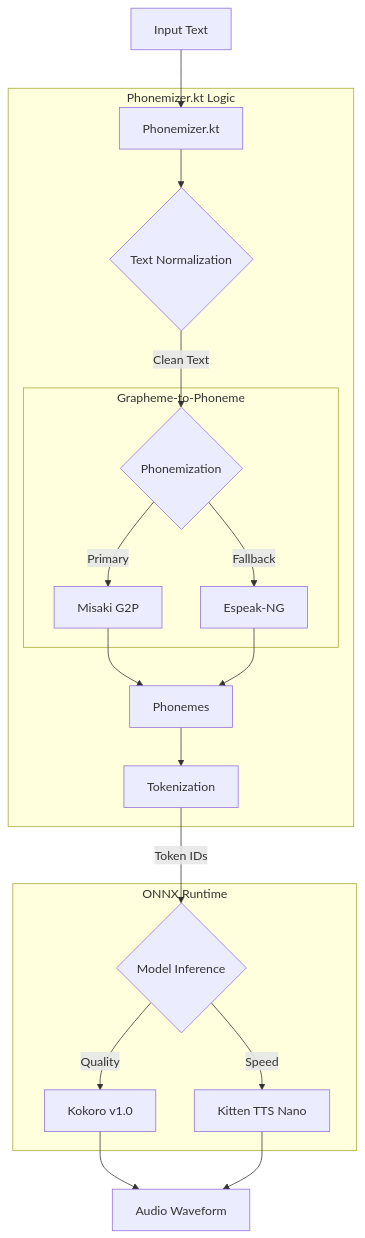
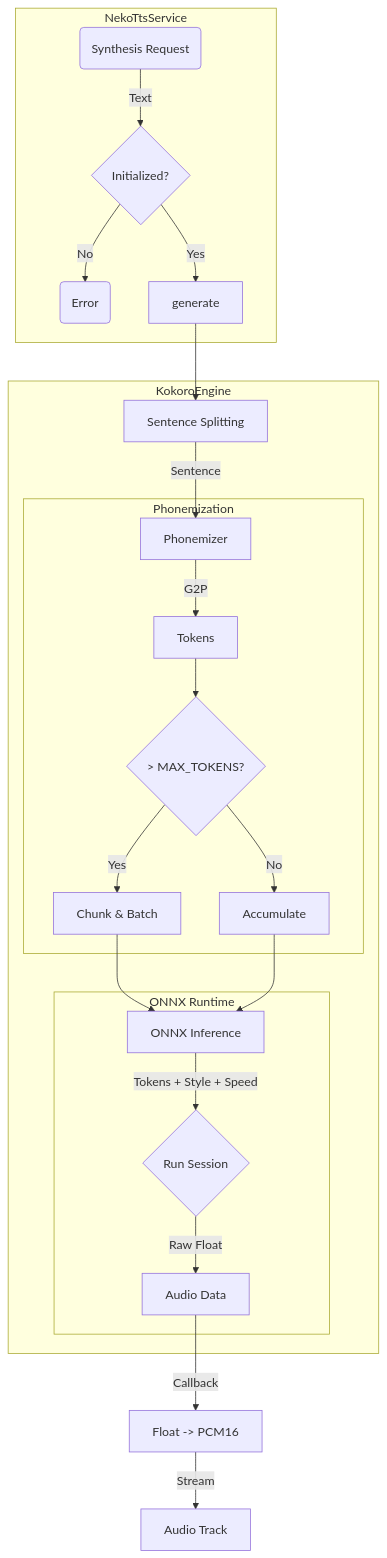
Before and after one commit to siva-sub/NekoSpeak: the diagram in README.md, drawn with Mermaid. The commit also changed other lines of this file and 3 other files, not shown here.

````diff
--- a/README.md
+++ b/README.md
@@ -21,28 +39,31 @@
 ```mermaid
 graph TD
-    A[Input Text] --> B[Phonemizer.kt]
-    
-    subgraph Orchestrator [Phonemizer.kt Logic]
-        B --> C{Text Normalization}
-        C -->|Clean Text| D{Phonemization}
+    subgraph Service [NekoTtsService]
+        Req(Synthesis Request) -->|Text| Init{Initialized?}
+        Init -- No --> Err(Error)
+        Init -- Yes --> Gen[generate]
+    end
+
+    subgraph Engine [KokoroEngine]
+        Gen --> Split[Sentence Splitting]
+        Split -->|Sentence| G2P[Phonemizer]
         
-        subgraph G2P [Grapheme-to-Phoneme]
-            D -->|Primary| E[Misaki G2P]
-            D -->|Fallback| F[Espeak-NG]
+        subgraph Phonemization
+            G2P -->|G2P| Toks[Tokens]
+            Toks --> Limit{> MAX_TOKENS?}
+            Limit -- Yes --> Batch[Chunk & Batch]
+            Limit -- No --> Accum[Accumulate]
         end
+
+        Batch --> Inf[ONNX Inference]
+        Accum --> Inf
         
-        E --> G[Phonemes]
-        F --> G
-        G --> H[Tokenization]
+        subgraph ONNX [ONNX Runtime]
+            Inf -->|Tokens + Style + Speed| Sess{Run Session}
+            Sess -->|Raw Float| Audio[Audio Data]
+        end
     end
     
-    H -->|Token IDs| I{Model Inference}
-    
-    subgraph ONNX [ONNX Runtime]
-        I -->|Quality| J[Kokoro v1.0]
-        I -->|Speed| K[Kitten TTS Nano]
-    end
-    
-    J --> L[Audio Waveform]
-    K --> L
+    Audio -->|Callback| PCM[Float -> PCM16]
+    PCM -->|Stream| Output[Audio Track]
 ```
````
